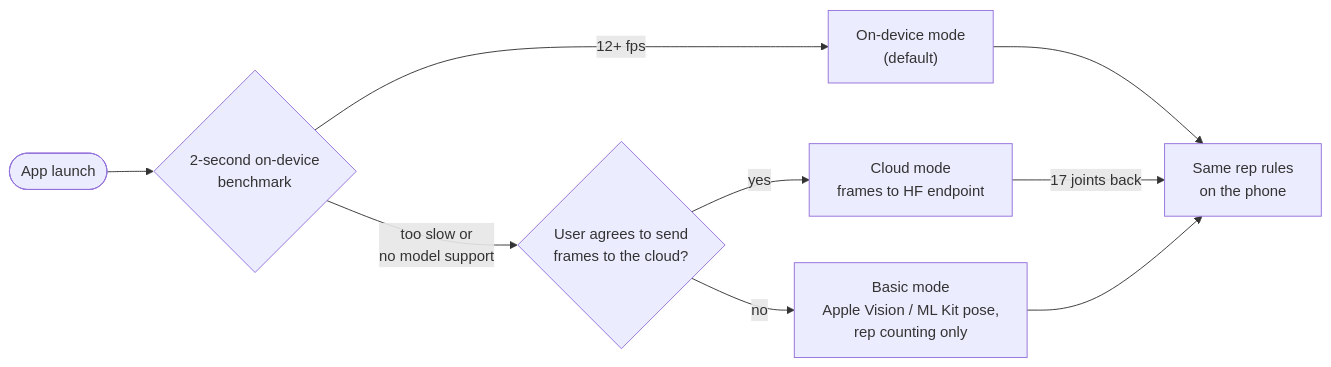
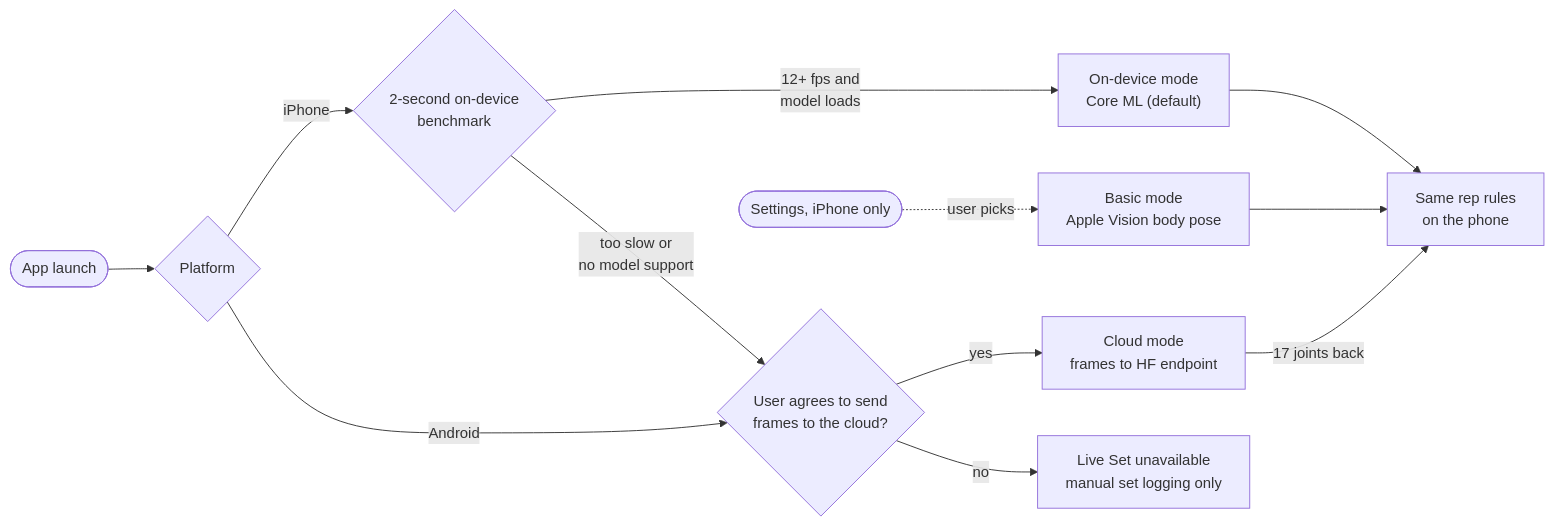
One commit to Del0m/KnightHacks2026 changed the third of 17 diagrams in Architecture.md. Above: the diagram before and after it, drawn with Mermaid. The commit also changed other lines of this file and 2 other files, not shown here.

First line of the commit message:
docs: make Android cloud-only and Apple Vision a manual basic mode

````diff
--- a/Architecture.md
+++ b/Architecture.md
@@ -163,11 +163,14 @@
 ```mermaid
 flowchart LR
-    S(["App launch"]) --> T{"2-second on-device<br/>benchmark"}
-    T -- "12+ fps" --> L["On-device mode<br/>(default)"]
-    T -- "too slow or<br/>no model support" --> Q{"User agrees to send<br/>frames to the cloud?"}
+    S(["App launch"]) --> P{"Platform"}
+    P -- "iPhone" --> T{"2-second on-device<br/>benchmark"}
+    P -- "Android" --> Q{"User agrees to send<br/>frames to the cloud?"}
+    T -- "12+ fps and<br/>model loads" --> L["On-device mode<br/>Core ML (default)"]
+    T -- "too slow or<br/>no model support" --> Q
     Q -- "yes" --> C["Cloud mode<br/>frames to HF endpoint"]
-    Q -- "no" --> B["Basic mode<br/>Apple Vision / ML Kit pose,<br/>rep counting only"]
+    Q -- "no" --> U["Live Set unavailable<br/>manual set logging only"]
+    M(["Settings, iPhone only"]) -. "user picks" .-> B["Basic mode<br/>Apple Vision body pose"]
     C -- "17 joints back" --> R["Same rep rules<br/>on the phone"]
     L --> R
     B --> R
 ```
````
